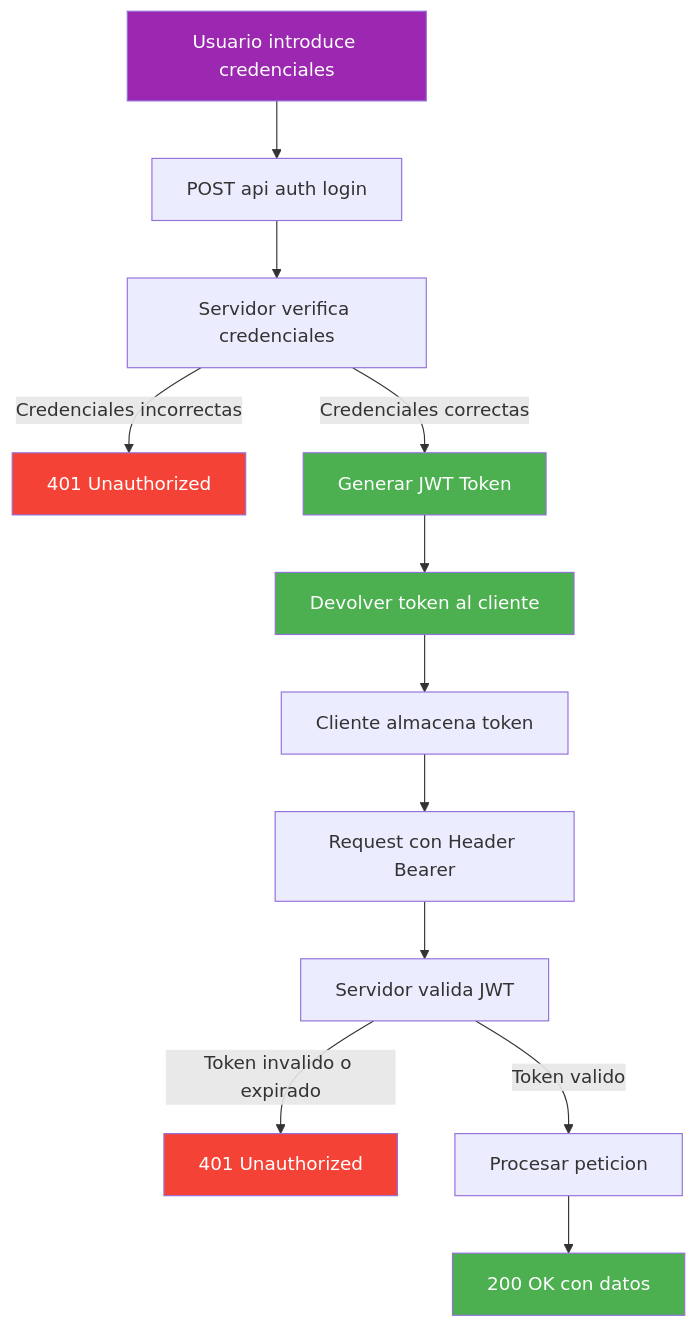
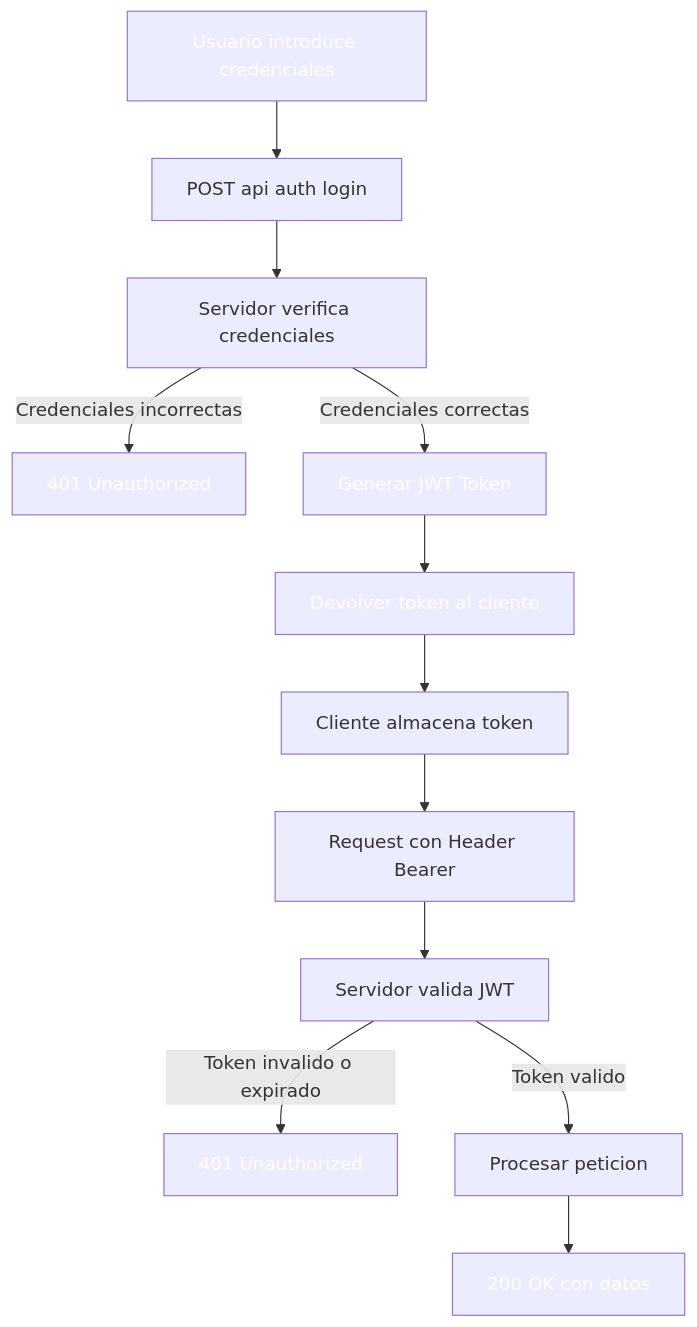
The second of 15 diagrams in 16-autenticacion.md (joseluisgs/DesarrolloWebEntornosServidor-02-2026-2027), drawn with Mermaid before and after one commit. The commit also changed other lines of this file and 41 other files, not shown here.

````diff
--- a/16-autenticacion.md
+++ b/16-autenticacion.md
@@ -117,21 +117,21 @@
 ```mermaid
 flowchart TD
     A[Usuario introduce credenciales] --> B[POST api auth login]
     B --> C[Servidor verifica credenciales]
     C -->|Credenciales incorrectas| D[401 Unauthorized]
     C -->|Credenciales correctas| E[Generar JWT Token]
     E --> F[Devolver token al cliente]
     F --> G[Cliente almacena token]
     G --> H[Request con Header Bearer]
     H --> I[Servidor valida JWT]
     I -->|Token invalido o expirado| J[401 Unauthorized]
     I -->|Token valido| K[Procesar peticion]
     K --> L[200 OK con datos]
 
-    style A fill:#9C27B0,color:#fff
-    style D fill:#f44336,color:#fff
-    style E fill:#4CAF50,color:#fff
-    style F fill:#4CAF50,color:#fff
-    style J fill:#f44336,color:#fff
-    style L fill:#4CAF50,color:#fff
+    style A fill:#9C27B,color:#fff0,color:#fff
+    style D fill:#f4433,color:#fff6,color:#fff
+    style E fill:#4CAF5,color:#fff0,color:#fff
+    style F fill:#4CAF5,color:#fff0,color:#fff
+    style J fill:#f4433,color:#fff6,color:#fff
+    style L fill:#4CAF5,color:#fff0,color:#fff
 ```
````
